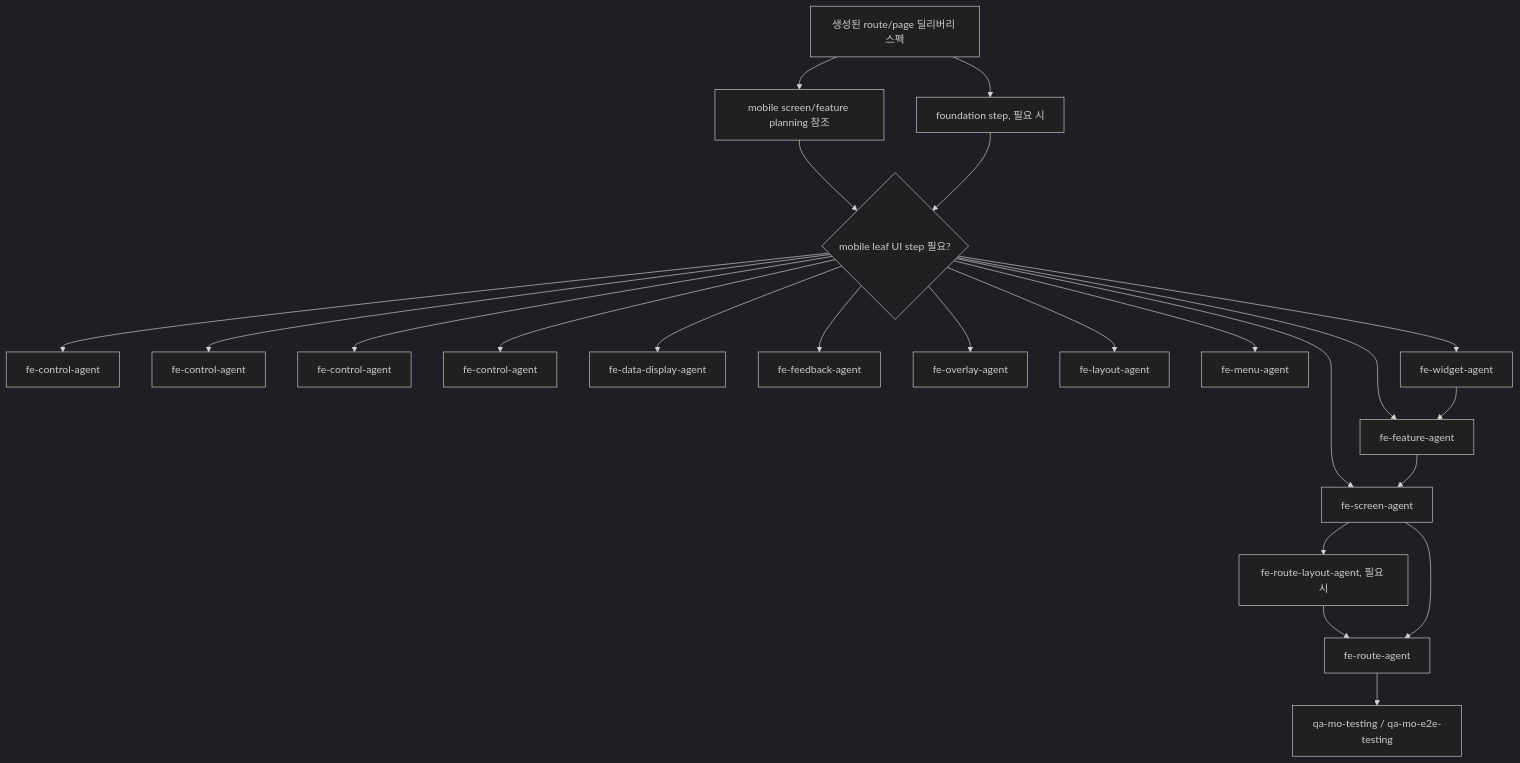
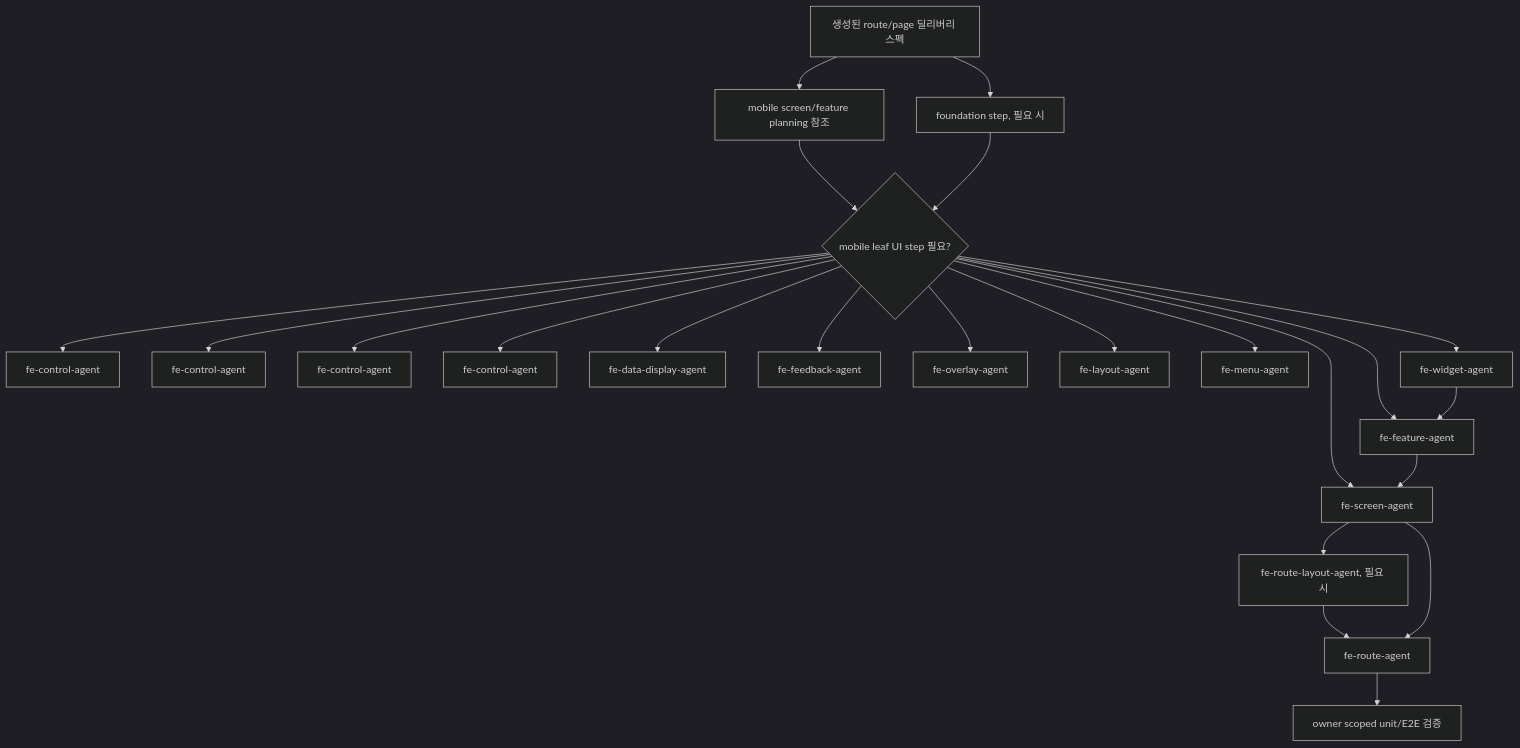
The sixth of 6 diagrams in docs/orchestration-agent-relationship-flow.md (kimjoongwon/prj-core), drawn with Mermaid (dark theme) before and after one commit. The commit also changed other lines of this file and 413 other files, not shown here.

````diff
--- a/docs/orchestration-agent-relationship-flow.md
+++ b/docs/orchestration-agent-relationship-flow.md
@@ -280,25 +281,25 @@
 ```mermaid
 flowchart TD
   Spec["생성된 route/page 딜리버리 스펙"] --> Planning["mobile screen/feature planning 참조"]
   Planning --> Leaf{"mobile leaf UI step 필요?"}
   Spec --> Foundation["foundation step, 필요 시"]
   Foundation --> Leaf
   Leaf --> Action["fe-control-agent"]
   Leaf --> Input["fe-control-agent"]
   Leaf --> Selection["fe-control-agent"]
   Leaf --> Navigation["fe-control-agent"]
   Leaf --> DataDisplay["fe-data-display-agent"]
   Leaf --> Feedback["fe-feedback-agent"]
   Leaf --> Overlay["fe-overlay-agent"]
   Leaf --> LayoutPrimitive["fe-layout-agent"]
   Leaf --> Menu["fe-menu-agent"]
   Leaf --> Widget["fe-widget-agent"]
   Leaf --> Feature["fe-feature-agent"]
   Leaf --> Screen["fe-screen-agent"]
   Widget --> Feature
   Feature --> Screen
   Screen --> Layout["fe-route-layout-agent, 필요 시"]
   Layout --> Route["fe-route-agent"]
   Screen --> Route
-  Route --> QA["qa-mo-testing / qa-mo-e2e-testing"]
+  Route --> Verify["owner scoped unit/E2E 검증"]
 ```
````
